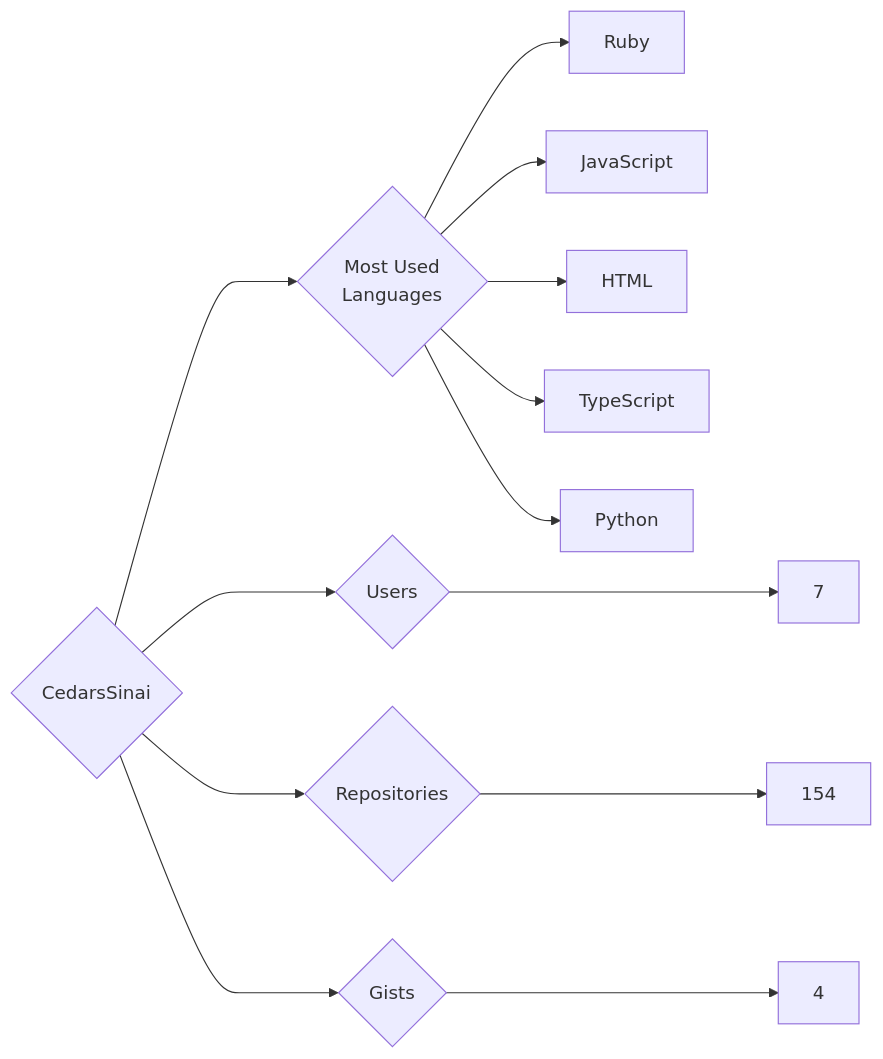
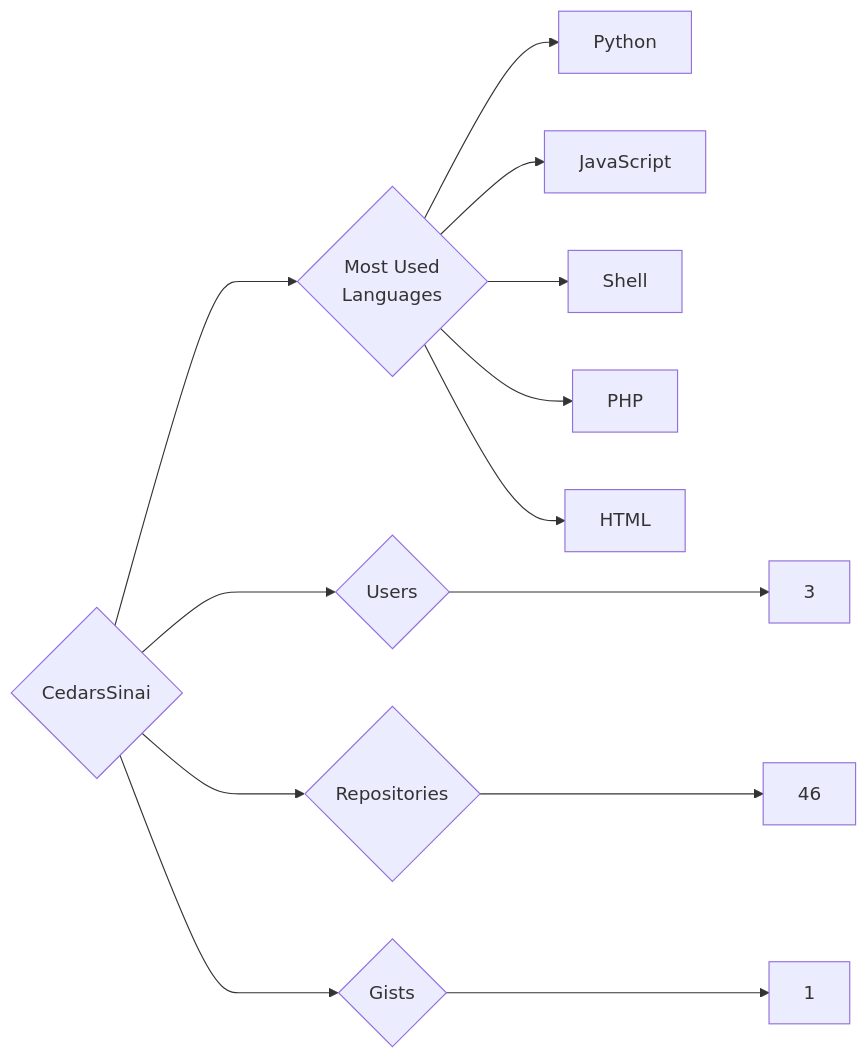
Before and after one commit to trickest/insiders: the diagram in targets/CedarsSinai/README.md, drawn with Mermaid. The commit also changed 1084 other files, not shown here.

````diff
--- a/targets/CedarsSinai/README.md
+++ b/targets/CedarsSinai/README.md
@@ -3,13 +3,13 @@
 ```mermaid
 graph LR
 COMPANY_NAME{CedarsSinai}
-COMPANY_NAME ---> U{Users} ---> UN[7]
-COMPANY_NAME ---> R{Repositories} ---> RN[154]
-COMPANY_NAME ---> G{Gists} ---> GN[4]
+COMPANY_NAME ---> U{Users} ---> UN[3]
+COMPANY_NAME ---> R{Repositories} ---> RN[46]
+COMPANY_NAME ---> G{Gists} ---> GN[1]
 COMPANY_NAME ---> ML{Most Used<br>Languages}
-ML --> Ruby[Ruby]
+ML --> Python[Python]
 ML --> JavaScript[JavaScript]
+ML --> Shell[Shell]
+ML --> PHP[PHP]
 ML --> HTML[HTML]
-ML --> TypeScript[TypeScript]
-ML --> Python[Python]
 ```
````
